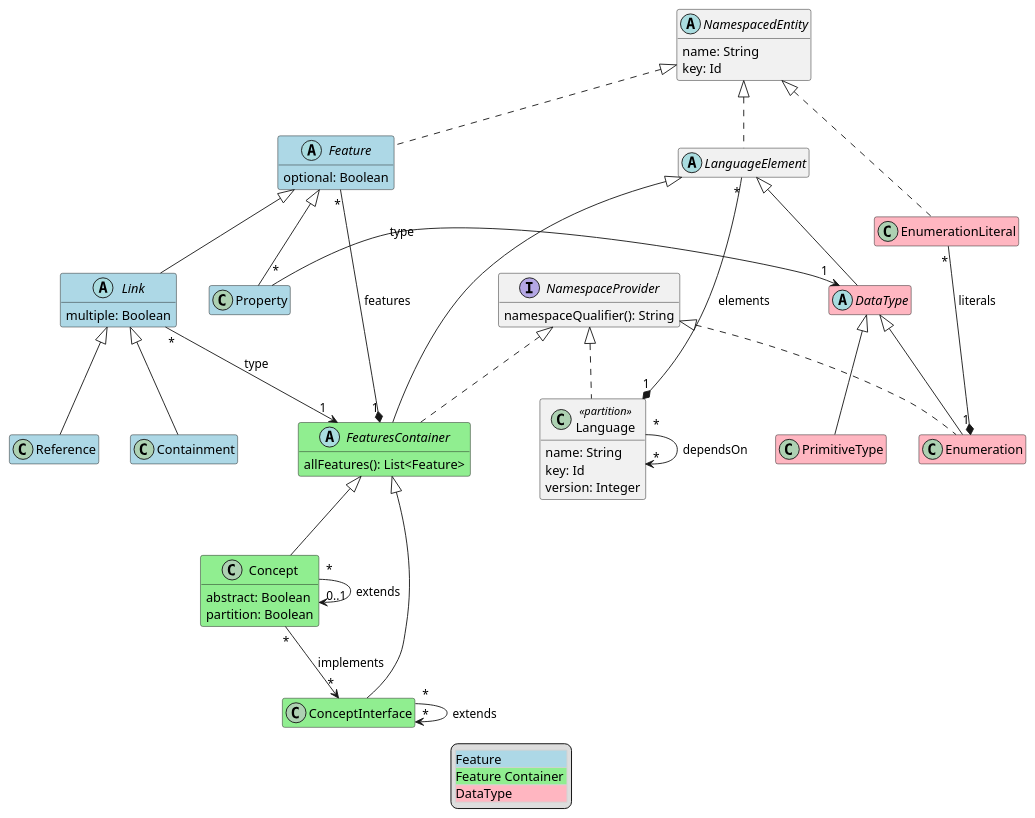
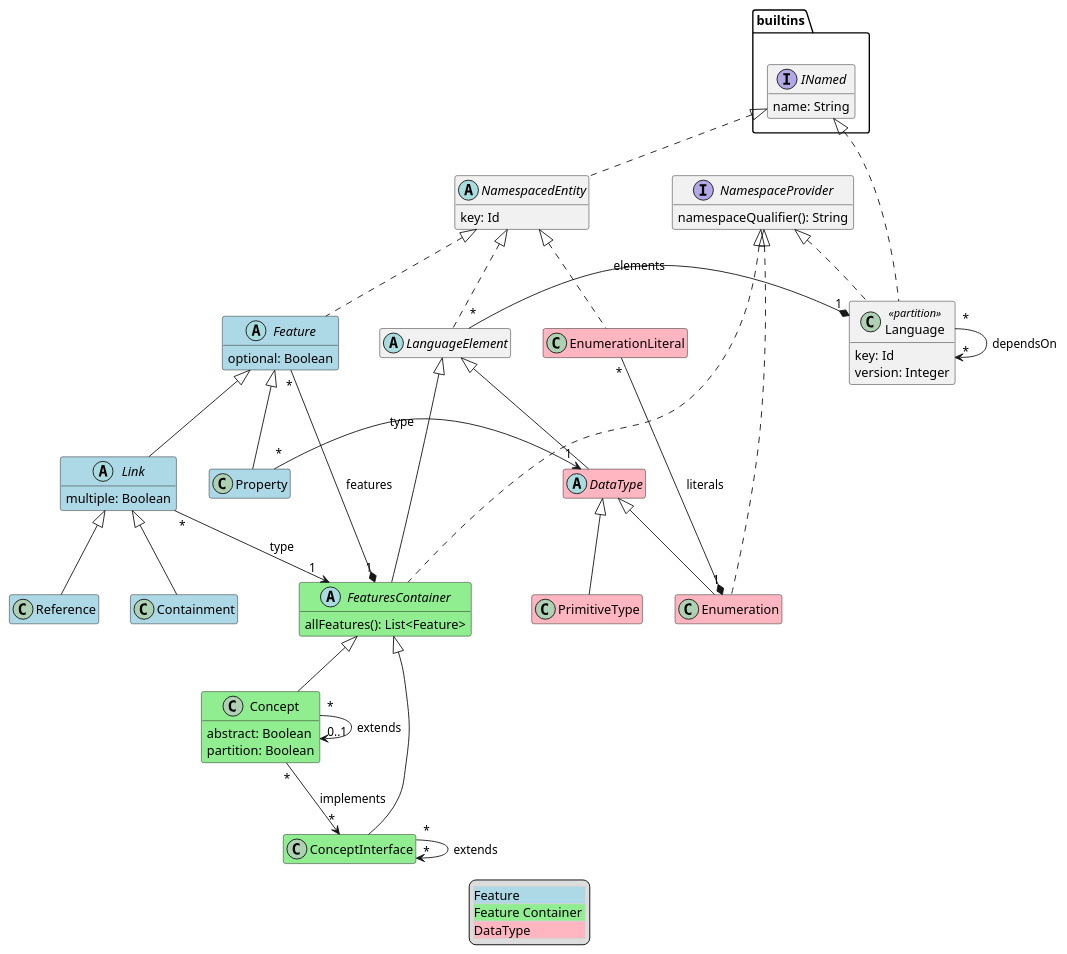
One commit to LionWeb-io/specification changed the diagram in lioncore/metametamodel/metametamodel.puml. Above: the diagram before and after it, drawn with PlantUML. The commit also changed 1 other file, not shown here.

Commit message:
added builtins.INamed to M3 diagram

```diff
--- a/lioncore/metametamodel/metametamodel.puml
+++ b/lioncore/metametamodel/metametamodel.puml
@@ -1,77 +1,83 @@
 @startuml
 hide empty members
+
+'package builtins {
+  interface builtins.INamed {
+    name: String
+  }
+'}
 
 class Concept #LightGreen extends FeaturesContainer {
   abstract: Boolean
   partition: Boolean
 }
 
 class ConceptInterface #LightGreen extends FeaturesContainer
 
 class Containment #LightBlue extends Link
 
 abstract class DataType #LightPink extends LanguageElement
 
 class Enumeration #LightPink extends DataType implements NamespaceProvider
 
 class EnumerationLiteral #LightPink implements NamespacedEntity
 
 abstract class Feature #LightBlue implements NamespacedEntity {
   optional: Boolean
 }
 
 abstract class FeaturesContainer #LightGreen extends LanguageElement implements NamespaceProvider {
   allFeatures(): List<Feature>
 }
 
 abstract class Link #LightBlue extends Feature {
   multiple: Boolean
 }
 
-class Language <<partition>> implements NamespaceProvider {
-  name: String
+class Language <<partition>> implements NamespaceProvider, builtins.INamed {
+'  name: String
   key: Id
   version: Integer
 }
 
 abstract class LanguageElement implements NamespacedEntity
 
-abstract class NamespacedEntity {
-  name: String
+abstract class NamespacedEntity implements builtins.INamed {
+'  name: String
   key: Id
 }
 
 interface NamespaceProvider {
   namespaceQualifier(): String
 }
 
 class PrimitiveType #LightPink extends DataType
 
 class Property #LightBlue extends Feature
 
 class Reference #LightBlue extends Link
 
 ' relations:
 
 Concept "*" -> "0..1" Concept: extends
 Concept "*" --> "*" ConceptInterface: implements
 
 ConceptInterface "*" --> "*" ConceptInterface: extends
 
 EnumerationLiteral "*" -* "1" Enumeration : literals
 
 Feature "*" -* "1" FeaturesContainer: features
 
 Link "*" --> "1" FeaturesContainer: type
 
 Language "*" --> "*" Language: dependsOn
 LanguageElement "*" -* "1" Language: elements
 
 Property "*" -> "1" DataType: type
 
 legend
   <#LightGray,#LightGray>| <#LightBlue>Feature |
   | <#LightGreen>Feature Container |
   | <#LightPink>DataType |
 end legend
 @enduml
```
